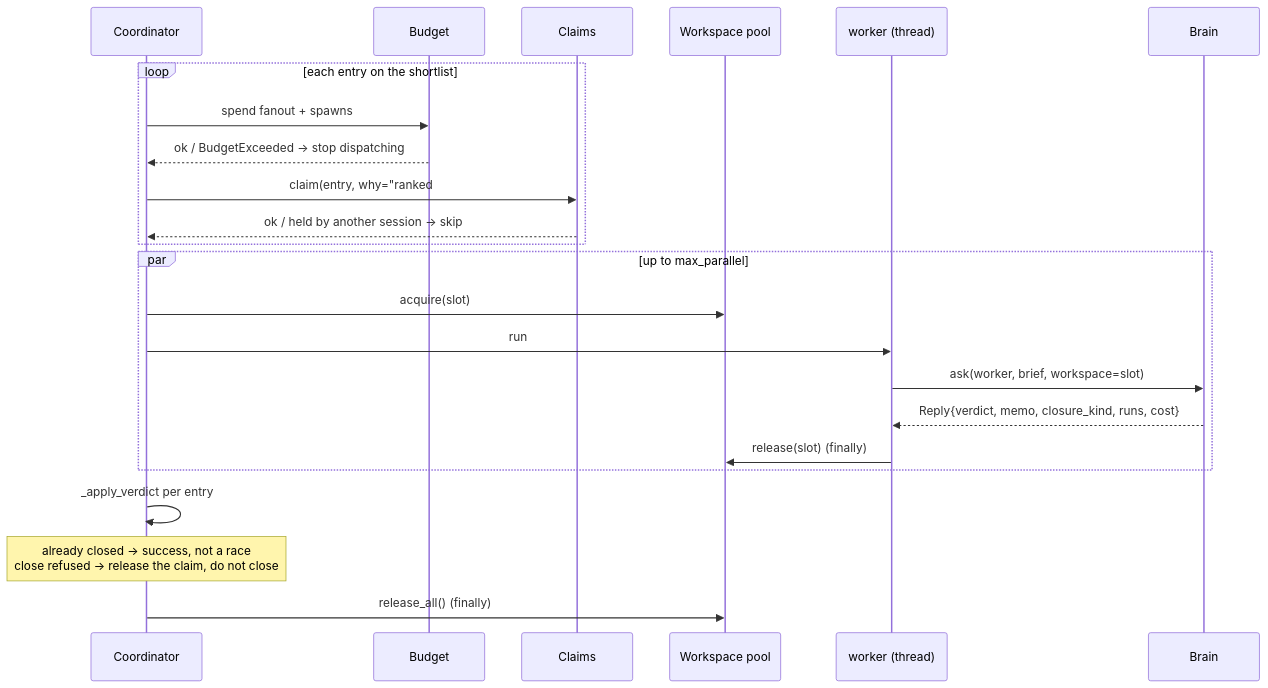
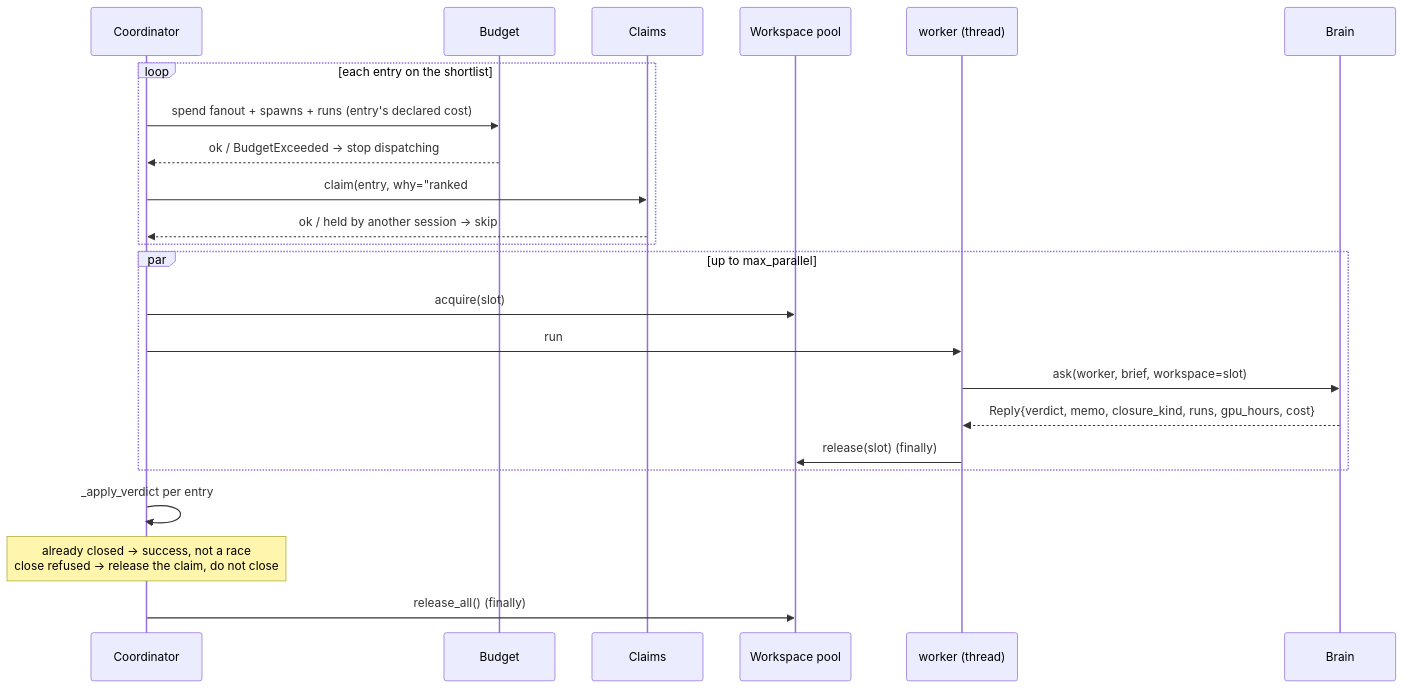
Before and after one commit to Ryun1/auto-research-toolkit: the fifth of 6 diagrams in docs/ARCHITECTURE.md, drawn with Mermaid. The commit also changed other lines of this file and 2 other files, not shown here.

````diff
--- a/docs/ARCHITECTURE.md
+++ b/docs/ARCHITECTURE.md
@@ -160,28 +197,28 @@
 ```mermaid
 sequenceDiagram
     participant C as Coordinator
     participant B as Budget
     participant Cl as Claims
     participant P as Workspace pool
     participant W as worker (thread)
     participant Br as Brain
 
     loop each entry on the shortlist
-        C->>B: spend fanout + spawns
+        C->>B: spend fanout + spawns + runs (entry's declared cost)
         B-->>C: ok / BudgetExceeded → stop dispatching
         C->>Cl: claim(entry, why="ranked #k")
         Cl-->>C: ok / held by another session → skip
     end
 
     par up to max_parallel
         C->>P: acquire(slot)
         C->>W: run
         W->>Br: ask(worker, brief, workspace=slot)
-        Br-->>W: Reply{verdict, memo, closure_kind, runs, cost}
+        Br-->>W: Reply{verdict, memo, closure_kind, runs, gpu_hours, cost}
         W->>P: release(slot) (finally)
     end
 
     C->>C: _apply_verdict per entry
     Note over C: already closed → success, not a race<br/>close refused → release the claim, do not close
     C->>P: release_all() (finally)
 ```
````
